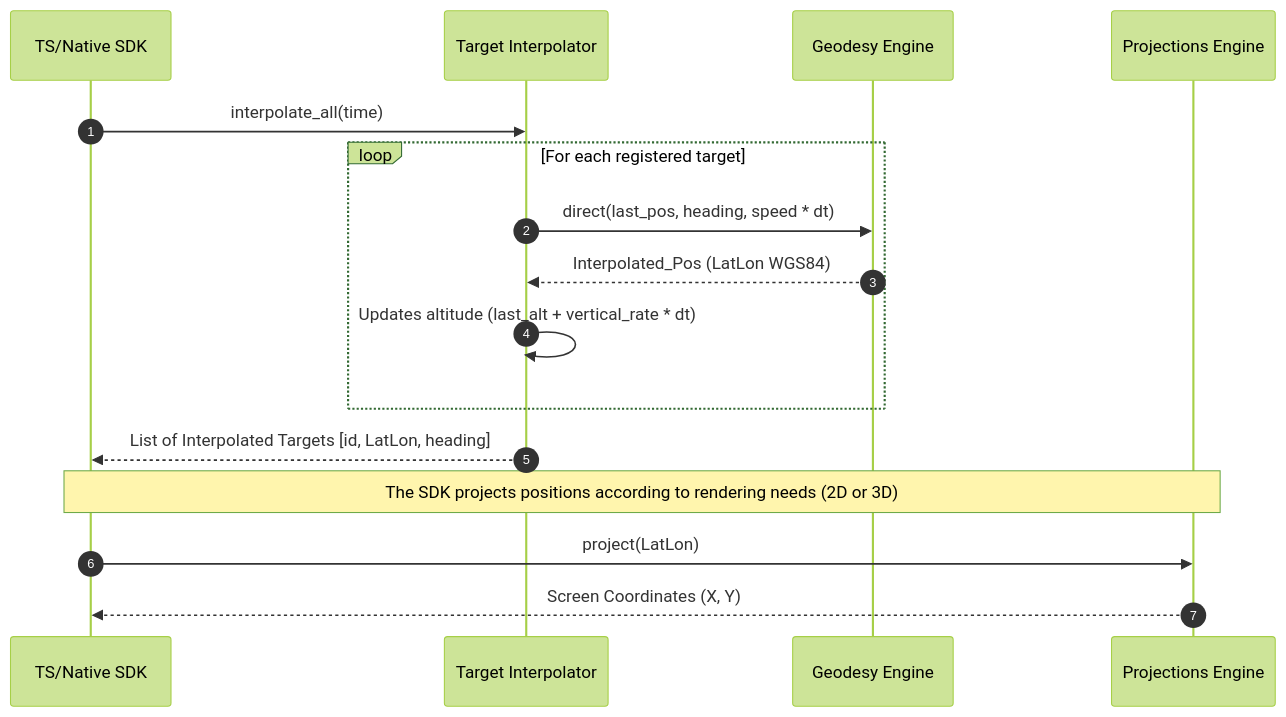
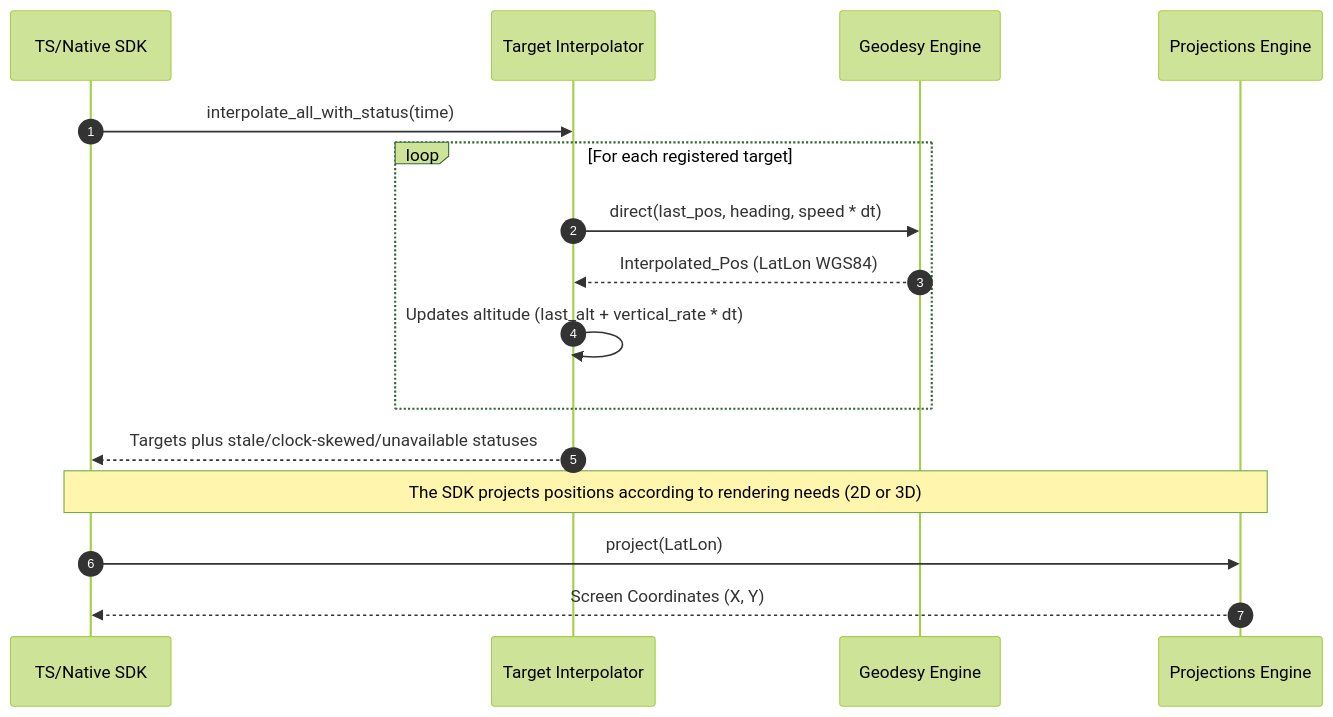
The second of 3 diagrams in docs/core/components.md (rodoni/olayer), drawn with Mermaid (forest theme) before and after one commit. The commit also changed other lines of this file and 15 other files, not shown here.

Commit message:
docs: synchronize current APIs and architecture

````diff
--- a/docs/core/components.md
+++ b/docs/core/components.md
@@ -465,20 +472,20 @@
 ```mermaid
 sequenceDiagram
     autonumber
     participant SDK as TS/Native SDK
     participant Inter as Target Interpolator
     participant Geo as Geodesy Engine
     participant Proj as Projections Engine
     
-    SDK->>Inter: interpolate_all(time)
+    SDK->>Inter: interpolate_all_with_status(time)
     loop For each registered target
         Inter->>Geo: direct(last_pos, heading, speed * dt)
         Geo-->>Inter: Interpolated_Pos (LatLon WGS84)
         Inter->>Inter: Updates altitude (last_alt + vertical_rate * dt)
     end
-    Inter-->>SDK: List of Interpolated Targets [id, LatLon, heading]
+    Inter-->>SDK: Targets plus stale/clock-skewed/unavailable statuses
     
     Note over SDK, Proj: The SDK projects positions according to rendering needs (2D or 3D)
     SDK->>Proj: project(LatLon)
     Proj-->>SDK: Screen Coordinates (X, Y)
 ```
````
